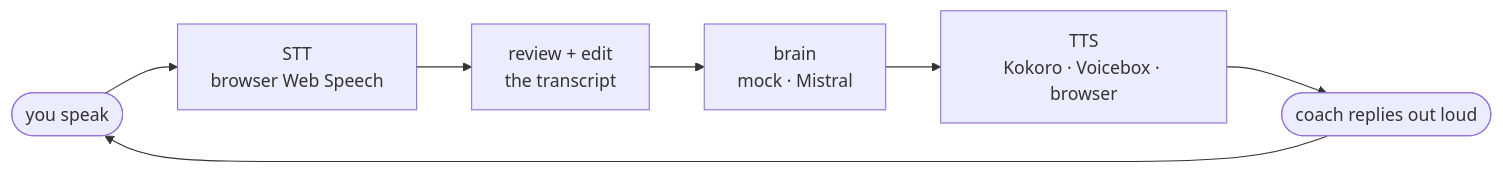
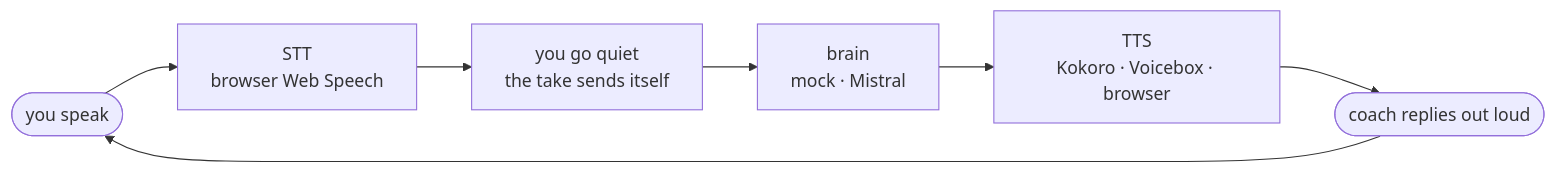
Before and after one commit to esstipi-debug/talker-speakup: the first of 2 diagrams in README.md, drawn with Mermaid. The commit also changed other lines of this file and 15 other files, not shown here.

````diff
--- a/README.md
+++ b/README.md
@@ -40,9 +40,9 @@
 ```mermaid
 flowchart LR
   U(["you speak"]) --> S["STT<br/>browser Web Speech"]
-  S --> R["review + edit<br/>the transcript"]
-  R --> B["brain<br/>mock · Mistral"]
+  S --> Q["you go quiet<br/>the take sends itself"]
+  Q --> B["brain<br/>mock · Mistral"]
   B --> T["TTS<br/>Kokoro · Voicebox · browser"]
   T --> C(["coach replies out loud"])
   C --> U
 ```
````
